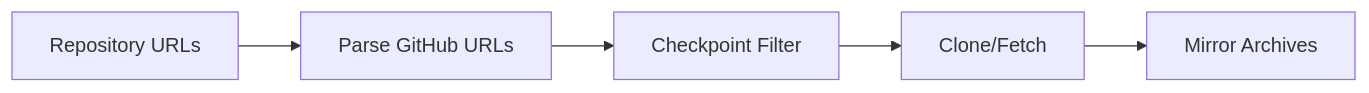
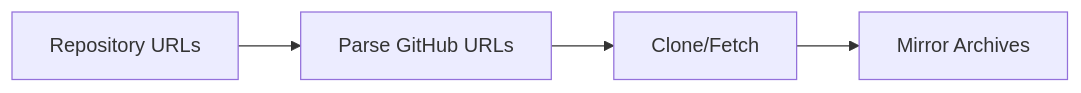
Before and after one commit to fa0311/github-archiver: the second of 3 diagrams in ARCHITECTURE.md, drawn with Mermaid. The commit also changed other lines of this file and 7 other files, not shown here.

````diff
--- a/ARCHITECTURE.md
+++ b/ARCHITECTURE.md
@@ -67,7 +60,6 @@
 ```mermaid
 graph LR
     Input[Repository URLs] --> Parse[Parse GitHub URLs]
-    Parse --> Checkpoint[Checkpoint Filter]
-    Checkpoint --> Archive[Clone/Fetch]
+    Parse --> Archive[Clone/Fetch]
     Archive --> Output[Mirror Archives]
 ```
````
